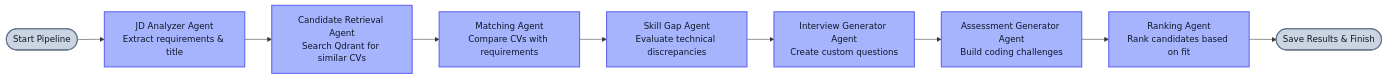
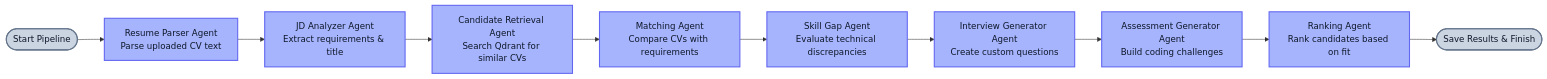
One commit to sailakshman6603/Agentic-AI-Hiring-Copilot changed the second of 3 diagrams in README.md. Above: the diagram before and after it, drawn with Mermaid. The commit also changed other lines of this file, not shown here.

Commit message:
Modified readme.md file

````diff
--- a/README.md
+++ b/README.md
@@ -97,24 +97,26 @@
 ```mermaid
 graph LR
     classDef agent fill:#A5B4FC,stroke:#6366F1,stroke-width:2px,color:#0F172A;
     classDef start fill:#CBD5E1,stroke:#64748B,stroke-width:2px,color:#0F172A;
 
     START([Start Pipeline]):::start
+    RP[Resume Parser Agent<br/>Parse uploaded CV text]:::agent
     JD[JD Analyzer Agent<br/>Extract requirements & title]:::agent
     CR[Candidate Retrieval Agent<br/>Search Qdrant for similar CVs]:::agent
     MA[Matching Agent<br/>Compare CVs with requirements]:::agent
     SG[Skill Gap Agent<br/>Evaluate technical discrepancies]:::agent
     IG[Interview Generator Agent<br/>Create custom questions]:::agent
     AG[Assessment Generator Agent<br/>Build coding challenges]:::agent
     RA[Ranking Agent<br/>Rank candidates based on fit]:::agent
     END([Save Results & Finish]):::start
 
-    START --> JD
+    START --> RP
+    RP --> JD
     JD --> CR
     CR --> MA
     MA --> SG
     SG --> IG
     IG --> AG
     AG --> RA
     RA --> END
 ```
````
